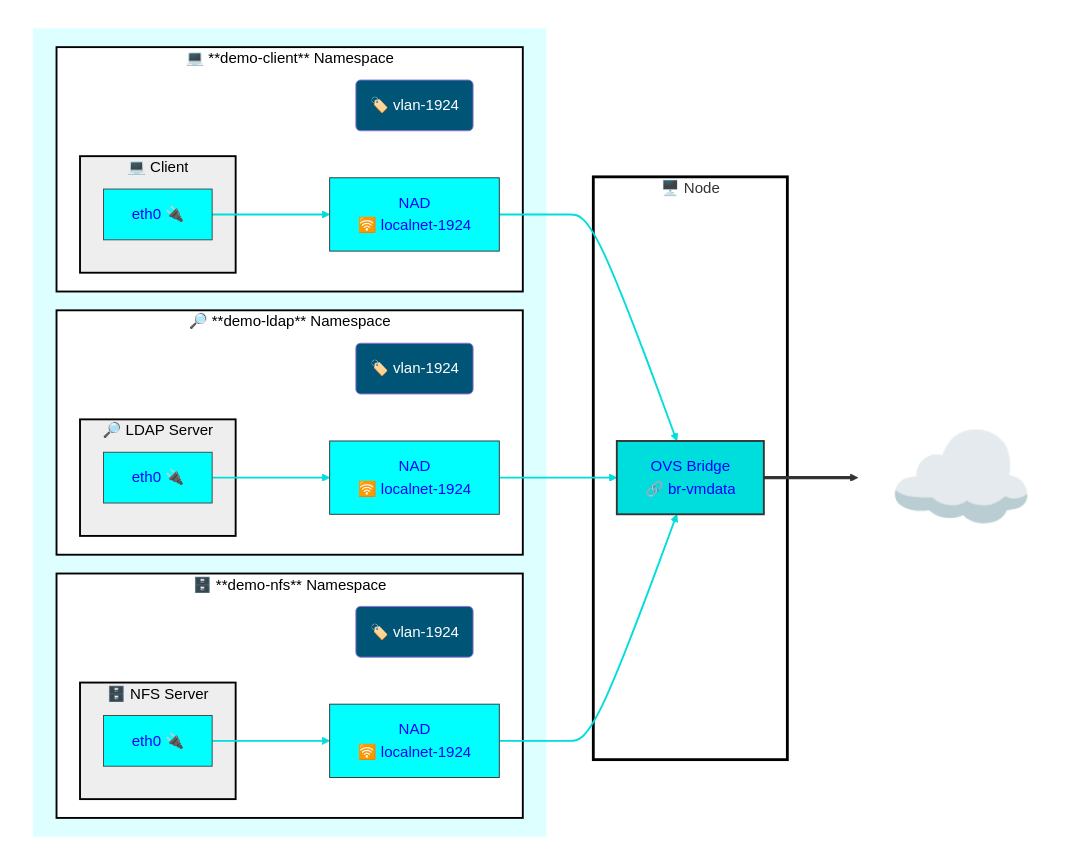
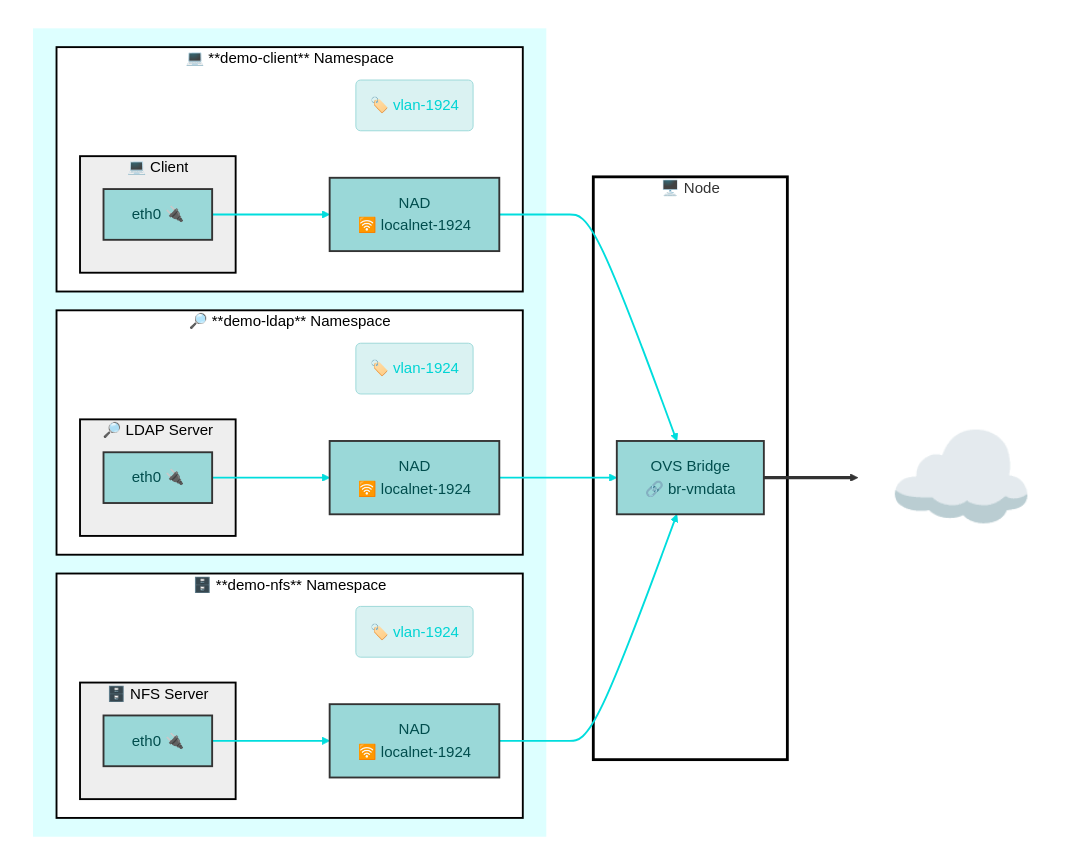
One commit to dlbewley/demo-rhone-26 changed the sixth of 7 diagrams in README.md. Above: the diagram before and after it, drawn with Mermaid. The commit also changed other lines of this file, not shown here.

````diff
--- a/README.md
+++ b/README.md
@@ -338,79 +309,77 @@
 ```mermaid
 graph LR;
     subgraph Cluster[" "]
 
       subgraph Project[" "]
         subgraph ns-nfs["🗄️ **demo-nfs** Namespace"]
           label-nfs("🏷️ vlan-1924")
           nad-1924-nfs[NAD<br> 🛜 localnet-1924]
           subgraph vm-nfs["🗄️ NFS Server"]
               nfs-eth0[eth0 🔌]
           end
         end
 
         subgraph ns-ldap["🔎 **demo-ldap** Namespace"]
           label-ldap("🏷️ vlan-1924")
           nad-1924-ldap[NAD<br> 🛜 localnet-1924]
           subgraph vm-ldap["🔎 LDAP Server"]
               ldap-eth0[eth0 🔌]
           end
         end
 
         subgraph ns-client["💻 **demo-client** Namespace"]
           label-client("🏷️ vlan-1924")
           nad-1924-client[NAD<br> 🛜 localnet-1924]
           subgraph vm-client["💻 Client"]
               client-eth0[eth0 🔌]
           end
         end
 
       end
 
       subgraph node1["🖥️ Node "]
         br-vmdata[ OVS Bridge<br> 🔗 br-vmdata]:::vlan-1924;
       end
     end
 
     nfs-eth0    ---> nad-1924-nfs
     ldap-eth0   ---> nad-1924-ldap
     client-eth0 ---> nad-1924-client
 
 
     nad-1924-client --> br-vmdata
-    nad-1924-ldap --> br-vmdata
-    nad-1924-nfs --> br-vmdata
+    nad-1924-ldap   --> br-vmdata
+    nad-1924-nfs    --> br-vmdata
 
 
     linkStyle 0,1,2,3,4,5 stroke:#00dddd,stroke-width:2px;
 
     Internet["☁️ "]:::Internet
     br-vmdata ==> Internet
 
-
-    classDef node-eth fill:#00dddd,color:#00f,stroke:#333,stroke-width:2px;
-    class node1-eth0 node-eth;
-
     classDef vm-eth fill:#00ffff,color:#00f,stroke:#444,stroke-width:1px;
     class client-eth0,ldap-eth0,nfs-eth0 vm-eth;
 
-    classDef vlan-1924 fill:#00dddd,color:#00f,stroke:#333,stroke-width:2px;
+    classDef bond1 fill:#9ad8d8,color:#004d4d,stroke:#333,stroke-width:2px
+    class nad-1924-client,nad-1924-ldap,nad-1924-nfs,br-vmdata,physnet-vmdata bond1
+    class client-eth0,ldap-eth0,nfs-eth0 bond1
 
-    classDef labels stroke-width:1px,color:#fff,fill:#005577;
+    classDef xlabels stroke-width:0px,color:#fff,fill:#1B0D33;
+    classDef labels stroke-width:1px,stroke:#9ad8d8,color:#00d4d4,fill:#daf2f2;
     class label-client,label-ldap,label-nfs labels;
 
     style Cluster color:#000,fill:#fff,stroke:#333,stroke-width:0px;
     style Project color:#000,fill:#dff,stroke:#333,stroke-width:0px;
     style Internet fill:none,stroke-width:0px,font-size:+2em;
 
     classDef vm color:#000,fill:#eee,stroke:#000,stroke-width:2px
     class vm-client,vm-ldap,vm-nfs vm
 
     classDef nodes fill:#fff,stroke:#000,stroke-width:3px;
     class node1 nodes;
 
     classDef namespace color:#000,fill:#fff,stroke:#000,stroke-width:2px;
     class ns-nfs,ns-client,ns-ldap namespace;
 
     classDef nad-1924 fill:#00ffff,color:#00f,stroke:#333,stroke-width:1px;
-    class nad-1924-client,nad-1924-ldap,nad-1924-nfs nad-1924;
 ```
````
